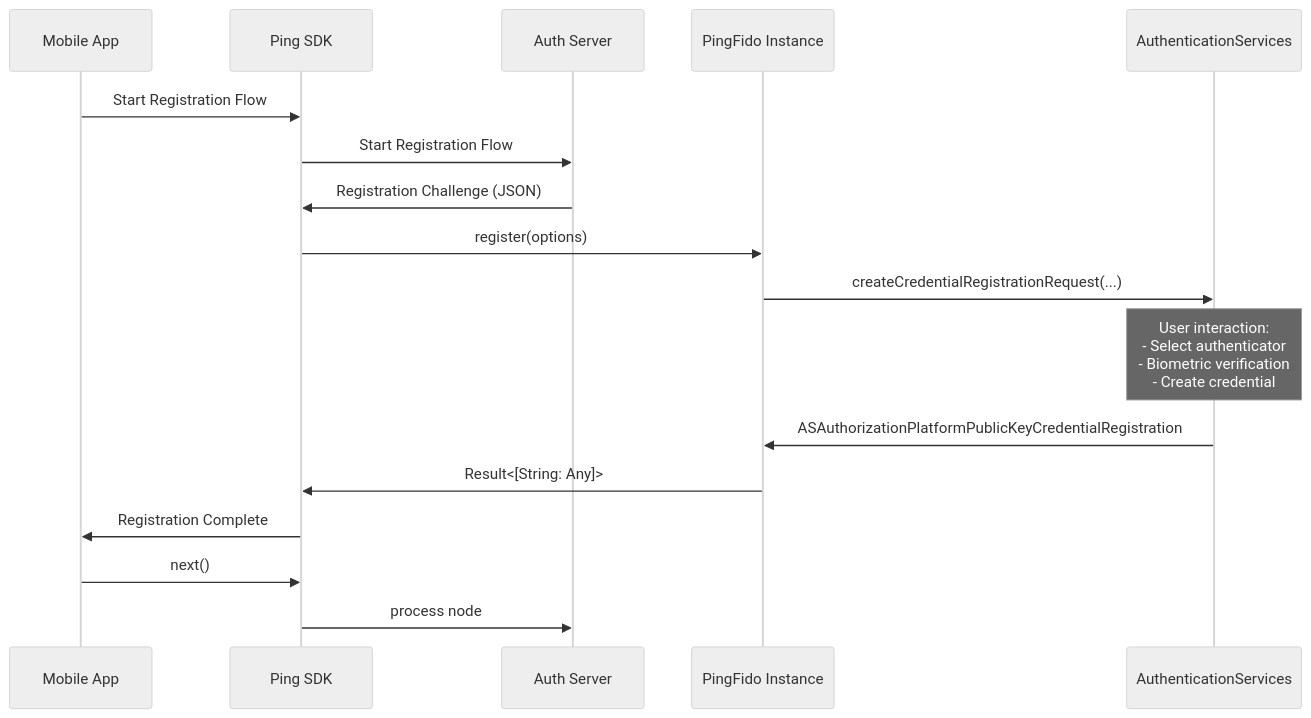
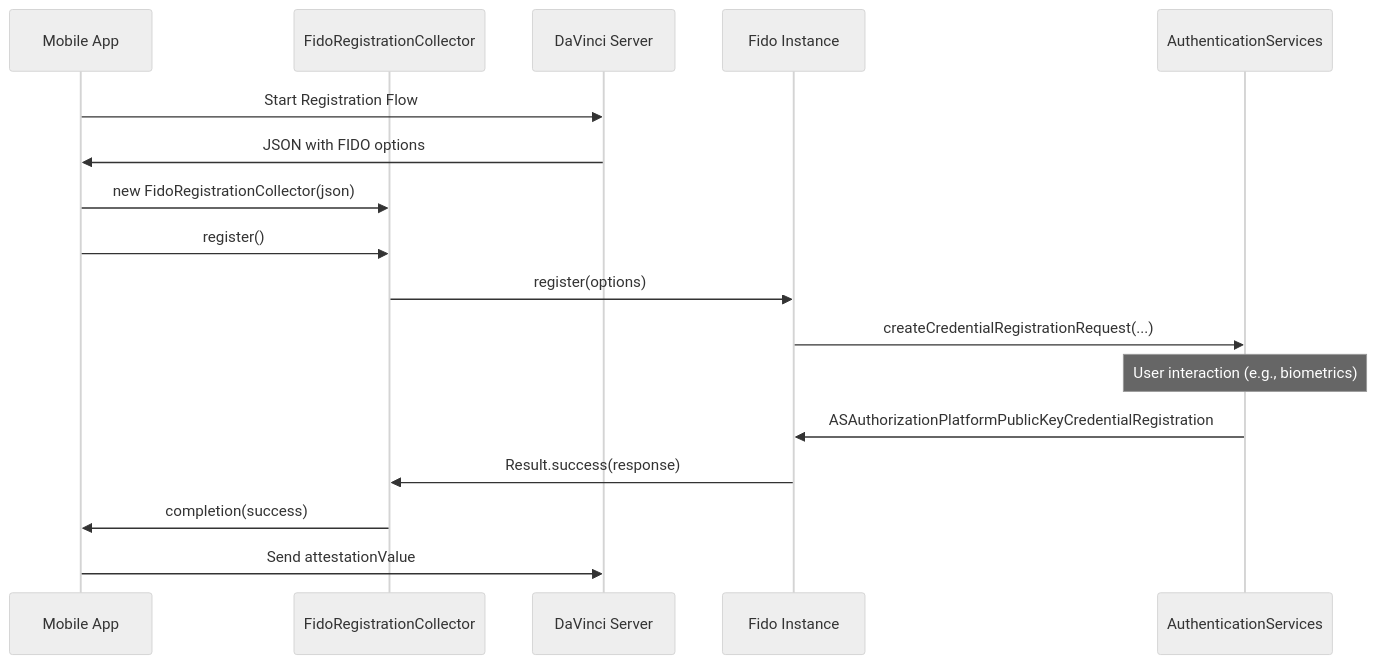
The second of 3 diagrams in Fido/CONCEPT.MD (ForgeRock/ping-ios-sdk), drawn with Mermaid (neutral theme) before and after one commit. The commit also changed other lines of this file and 1 other file, not shown here.

````diff
--- a/Fido/CONCEPT.MD
+++ b/Fido/CONCEPT.MD
@@ -79,20 +77,20 @@
 ```mermaid
 sequenceDiagram
   participant App as Mobile App
-  participant SDK as Ping SDK
-  participant Server as Auth Server
-  participant PingFido as PingFido Instance
+  participant Collector as FidoRegistrationCollector
+  participant Server as DaVinci Server
+  participant Fido as Fido Instance
   participant AuthServices as AuthenticationServices
 
-  App ->> SDK: Start Registration Flow
-  SDK ->> Server: Start Registration Flow
-  Server ->> SDK: Registration Challenge (JSON)
-  SDK ->> PingFido: register(options)
-  PingFido ->> AuthServices: createCredentialRegistrationRequest(...)
-  Note over AuthServices: User interaction:<br/>- Select authenticator<br/>- Biometric verification<br/>- Create credential
-  AuthServices ->> PingFido: ASAuthorizationPlatformPublicKeyCredentialRegistration
-  PingFido ->> SDK: Result<[String: Any]>
-  SDK ->> App: Registration Complete
-  App ->> SDK: next()
-  SDK ->> Server: process node
+  App ->> Server: Start Registration Flow
+  Server ->> App: JSON with FIDO options
+  App ->> Collector: new FidoRegistrationCollector(json)
+  App ->> Collector: register()
+  Collector ->> Fido: register(options)
+  Fido ->> AuthServices: createCredentialRegistrationRequest(...)
+  Note over AuthServices: User interaction (e.g., biometrics)
+  AuthServices ->> Fido: ASAuthorizationPlatformPublicKeyCredentialRegistration
+  Fido ->> Collector: Result.success(response)
+  Collector ->> App: completion(success)
+  App ->> Server: Send attestationValue
 ```
````
